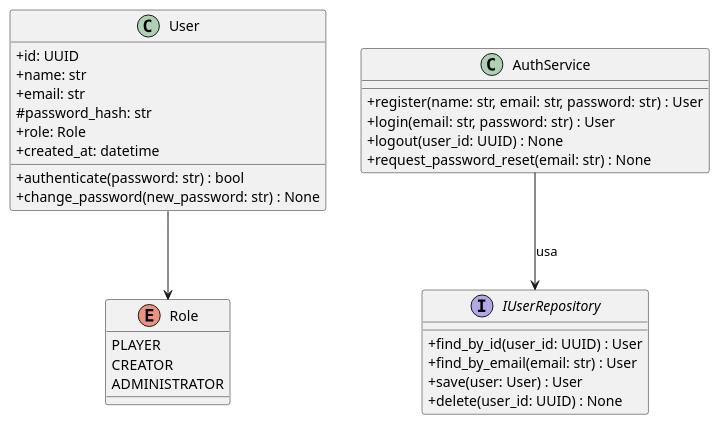
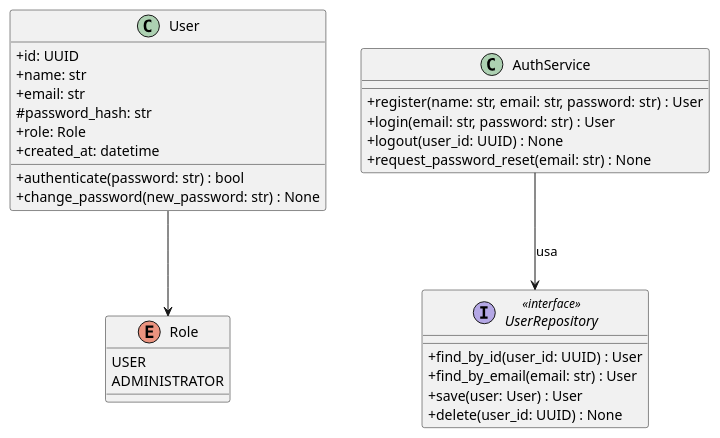
The tenth of 14 diagrams in projeto-vapor.adoc (osantana/a3-ms), drawn with PlantUML before and after one commit. The commit also changed other lines of this file and 33 other files, not shown here.

```diff
--- a/projeto-vapor.adoc
+++ b/projeto-vapor.adoc
@@ -661,40 +786,39 @@
-[plantuml, pdfwidth=90%]
+[plantuml, pdfwidth=60%]
 ----
 @startuml
 skinparam classAttributeIconSize 0
 
 enum Role {
-  PLAYER
-  CREATOR
+  USER
   ADMINISTRATOR
-}
-
-interface IUserRepository {
-  + find_by_id(user_id: UUID) : User
-  + find_by_email(email: str) : User
-  + save(user: User) : User
-  + delete(user_id: UUID) : None
 }
 
 class User {
   + id: UUID
   + name: str
   + email: str
   # password_hash: str
   + role: Role
   + created_at: datetime
   + authenticate(password: str) : bool
   + change_password(new_password: str) : None
 }
 
+interface UserRepository <<interface>> {
+  + find_by_id(user_id: UUID) : User
+  + find_by_email(email: str) : User
+  + save(user: User) : User
+  + delete(user_id: UUID) : None
+}
+
 class AuthService {
   + register(name: str, email: str, password: str) : User
   + login(email: str, password: str) : User
   + logout(user_id: UUID) : None
   + request_password_reset(email: str) : None
 }
 
 User --> Role
-AuthService --> IUserRepository : usa
+AuthService --> UserRepository : usa
 @enduml
 ----
```
